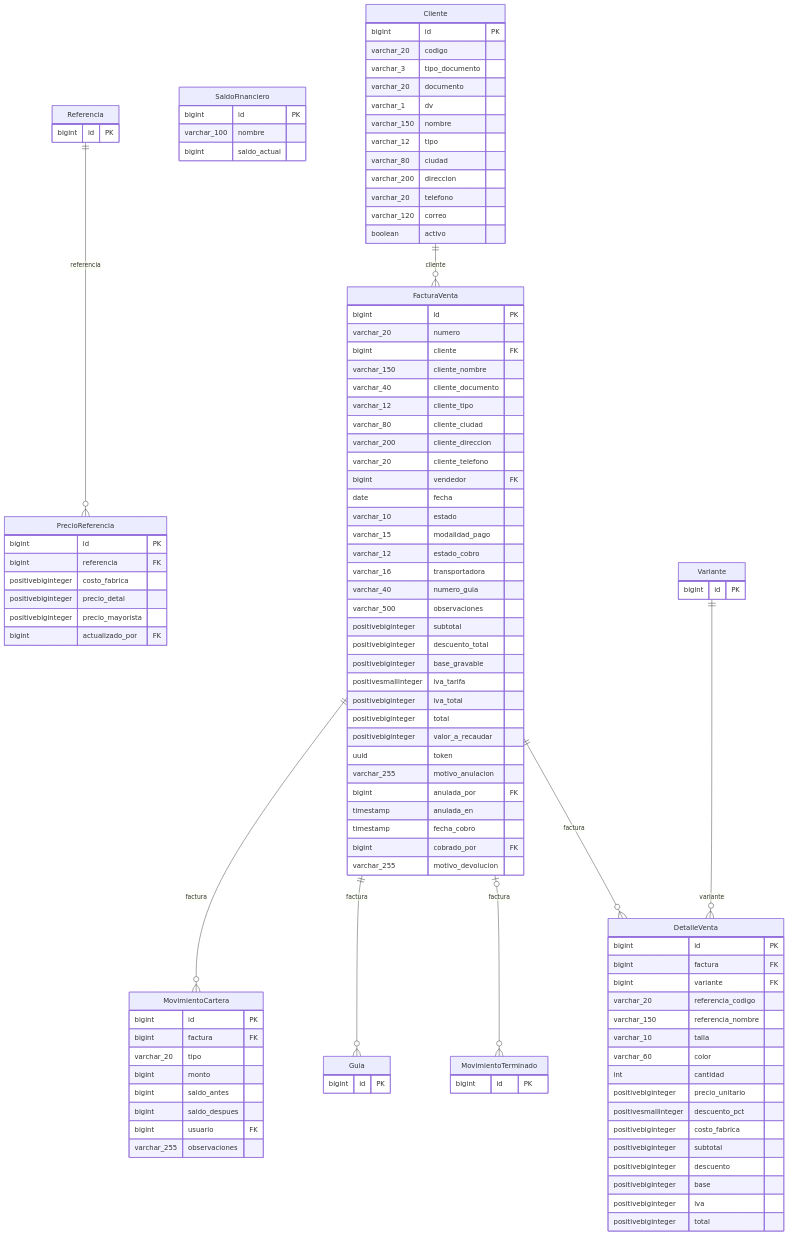
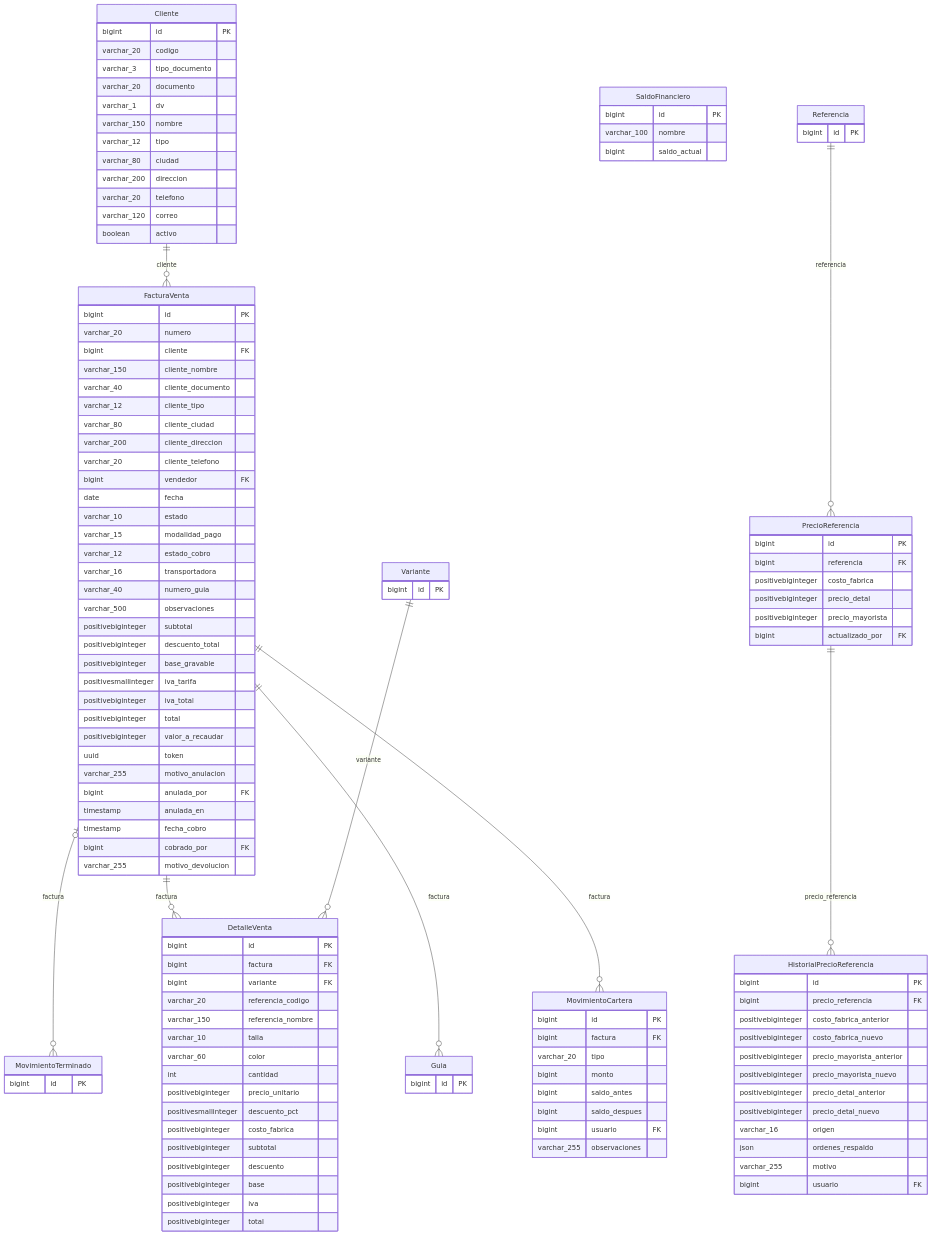
The tenth of 13 diagrams in docs/modelo-de-datos.md (BayronVV/TexCoreERP-Backend), drawn with Mermaid before and after one commit. The commit also changed other lines of this file and 18 other files, not shown here.

Commit message:
TE-174: costo de fabrica calculado desde produccion e historial de precios

````diff
--- a/docs/modelo-de-datos.md
+++ b/docs/modelo-de-datos.md
@@ -1152,6 +1154,20 @@
             positivebiginteger precio_detal
             positivebiginteger precio_mayorista
             bigint actualizado_por FK
+        }
+        HistorialPrecioReferencia {
+            bigint id PK
+            bigint precio_referencia FK
+            positivebiginteger costo_fabrica_anterior
+            positivebiginteger costo_fabrica_nuevo
+            positivebiginteger precio_mayorista_anterior
+            positivebiginteger precio_mayorista_nuevo
+            positivebiginteger precio_detal_anterior
+            positivebiginteger precio_detal_nuevo
+            varchar_16 origen
+            json ordenes_respaldo
+            varchar_255 motivo
+            bigint usuario FK
         }
         FacturaVenta {
             bigint id PK
@@ -1236,6 +1252,7 @@
         FacturaVenta ||--o{ DetalleVenta : "factura"
         FacturaVenta ||--o{ Guia : "factura"
         FacturaVenta ||--o{ MovimientoCartera : "factura"
+        PrecioReferencia ||--o{ HistorialPrecioReferencia : "precio_referencia"
         Referencia ||--o{ PrecioReferencia : "referencia"
         Variante ||--o{ DetalleVenta : "variante"
     ```
````
